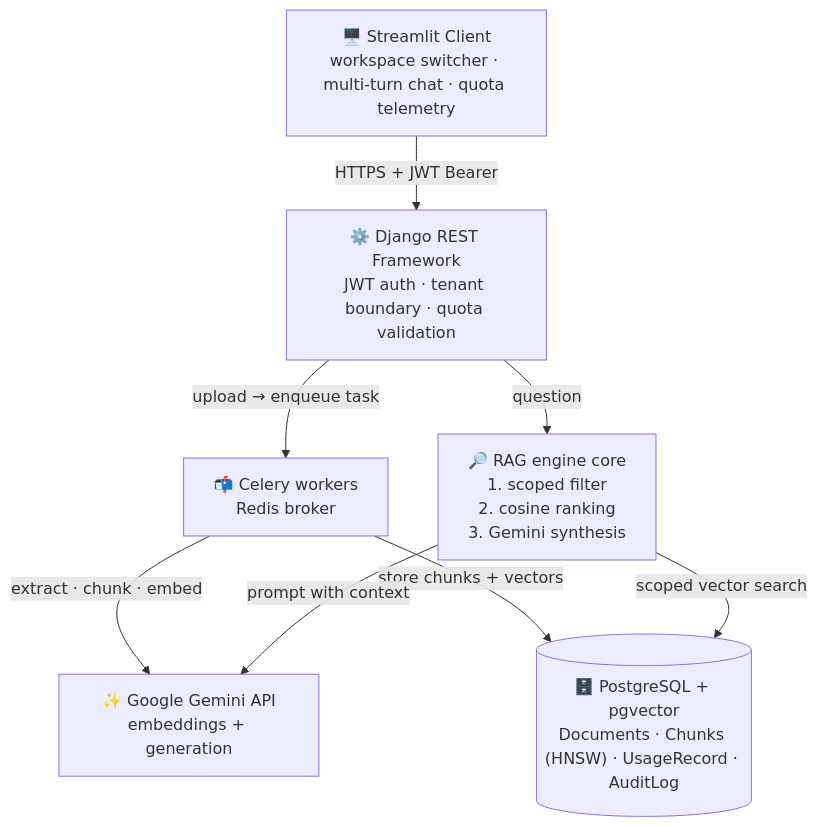
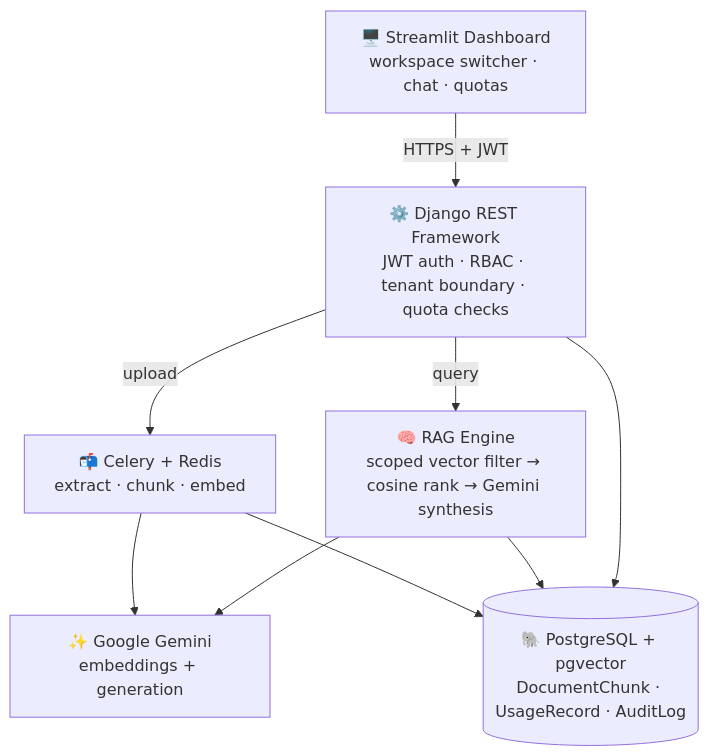
The first of 3 diagrams in README.md (ShashankSingh2020/multi-tenant-rag-engine), drawn with Mermaid before and after one commit. The commit also changed other lines of this file, not shown here.

````diff
--- a/README.md
+++ b/README.md
@@ -136,17 +55,18 @@
 ```mermaid
 flowchart TD
-    UI["🖥️ Streamlit Client<br/>workspace switcher · multi-turn chat · quota telemetry"]
-    API["⚙️ Django REST Framework<br/>JWT auth · tenant boundary · quota validation"]
-    Q["📬 Celery workers<br/>Redis broker"]
-    RAG["🔎 RAG engine core<br/>1. scoped filter<br/>2. cosine ranking<br/>3. Gemini synthesis"]
-    DB[("🗄️ PostgreSQL + pgvector<br/>Documents · Chunks (HNSW) · UsageRecord · AuditLog")]
-    G["✨ Google Gemini API<br/>embeddings + generation"]
+    UI["🖥️ Streamlit Dashboard<br/>workspace switcher · chat · quotas"]
+    API["⚙️ Django REST Framework<br/>JWT auth · RBAC · tenant boundary · quota checks"]
+    Q["📬 Celery + Redis<br/>extract · chunk · embed"]
+    RAG["🧠 RAG Engine<br/>scoped vector filter → cosine rank → Gemini synthesis"]
+    DB[("🐘 PostgreSQL + pgvector<br/>DocumentChunk · UsageRecord · AuditLog")]
+    G["✨ Google Gemini<br/>embeddings + generation"]
 
-    UI -- "HTTPS + JWT Bearer" --> API
-    API -- "upload → enqueue task" --> Q
-    API -- "question" --> RAG
-    Q -- "extract · chunk · embed" --> G
-    Q -- "store chunks + vectors" --> DB
-    RAG -- "scoped vector search" --> DB
-    RAG -- "prompt with context" --> G
+    UI -- "HTTPS + JWT" --> API
+    API -- "upload" --> Q
+    API -- "query" --> RAG
+    Q --> G
+    RAG --> G
+    Q --> DB
+    RAG --> DB
+    API --> DB
 ```
````
